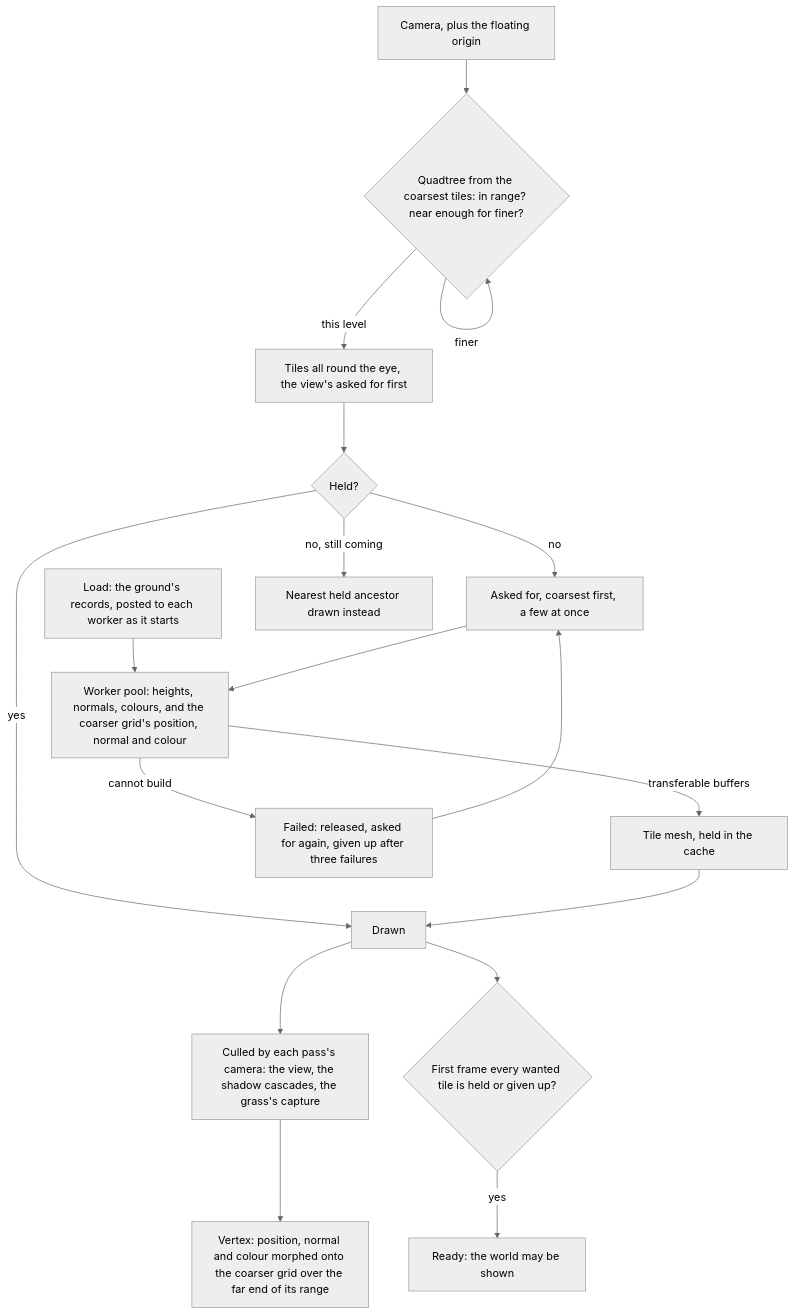
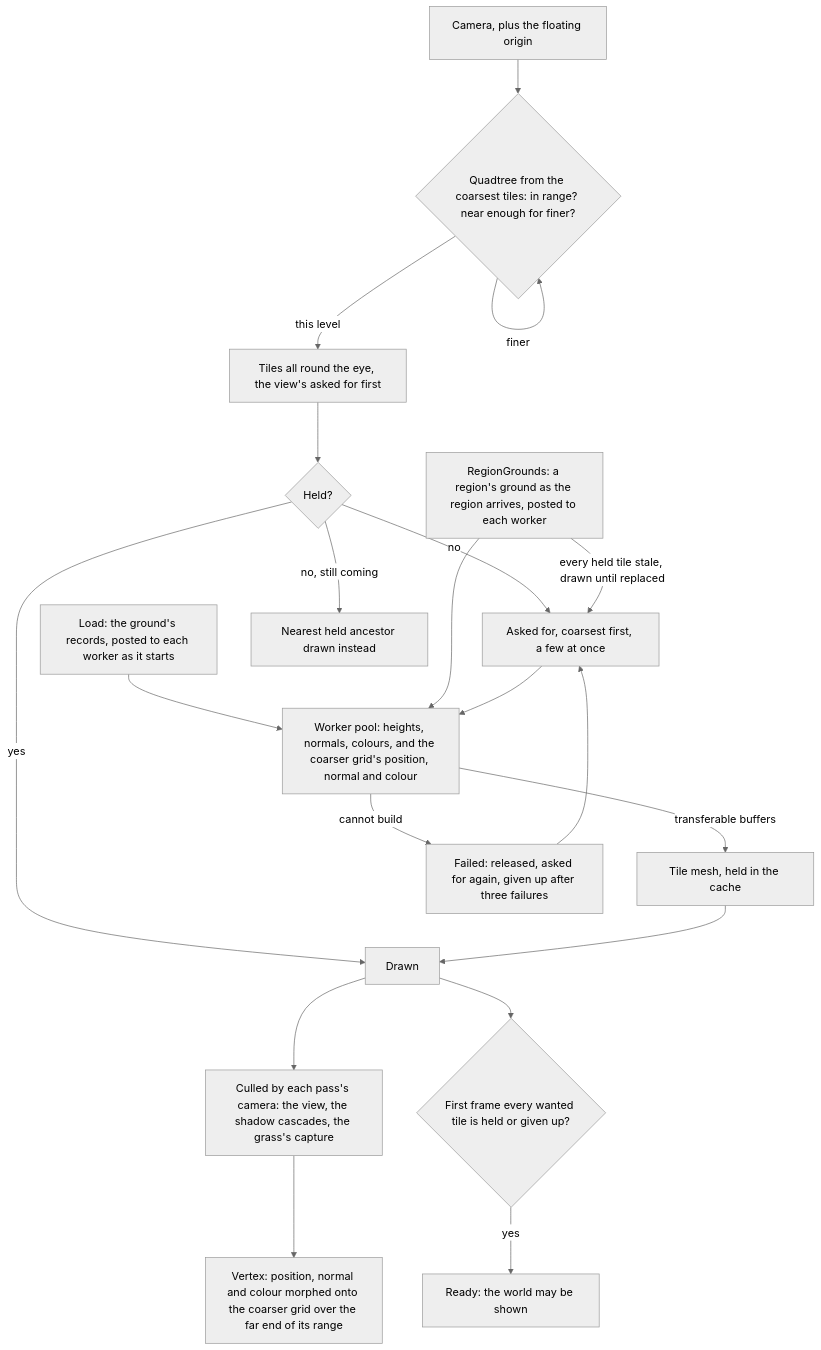
Before and after one commit to Esposter/Esposter: the diagram in apps/web/content/docs/genshin/terrain.md, drawn with Mermaid (neutral theme). The commit also changed other lines of this file and 29 other files, not shown here.

````diff
--- a/apps/web/content/docs/genshin/terrain.md
+++ b/apps/web/content/docs/genshin/terrain.md
@@ -12,20 +12,22 @@
 ```mermaid
 flowchart TD
   CAM[Camera, plus the floating origin] --> QT{Quadtree from the coarsest tiles: in range? near enough for finer?}
   QT -->|finer| QT
   QT -->|this level| W[Tiles all round the eye, the view's asked for first]
   W --> ST{Held?}
   ST -->|no| REQ[Asked for, coarsest first, a few at once]
   LOAD[Load: the ground's records, posted to each worker as it starts] --> WK
+  RGN[RegionGrounds: a region's ground as the region arrives, posted to each worker] --> WK
+  RGN -->|every held tile stale, drawn until replaced| REQ
   REQ --> WK[Worker pool: heights, normals, colours, and the coarser grid's position, normal and colour]
   WK -->|transferable buffers| M[Tile mesh, held in the cache]
   WK -->|cannot build| F[Failed: released, asked for again, given up after three failures]
   F --> REQ
   ST -->|yes| D[Drawn]
   ST -->|no, still coming| A[Nearest held ancestor drawn instead]
   M --> D
   D --> CULL[Culled by each pass's camera: the view, the shadow cascades, the grass's capture]
   CULL --> VS[Vertex: position, normal and colour morphed onto the coarser grid over the far end of its range]
   D --> RD{First frame every wanted tile is held or given up?}
   RD -->|yes| READY[Ready: the world may be shown]
 ```
````
